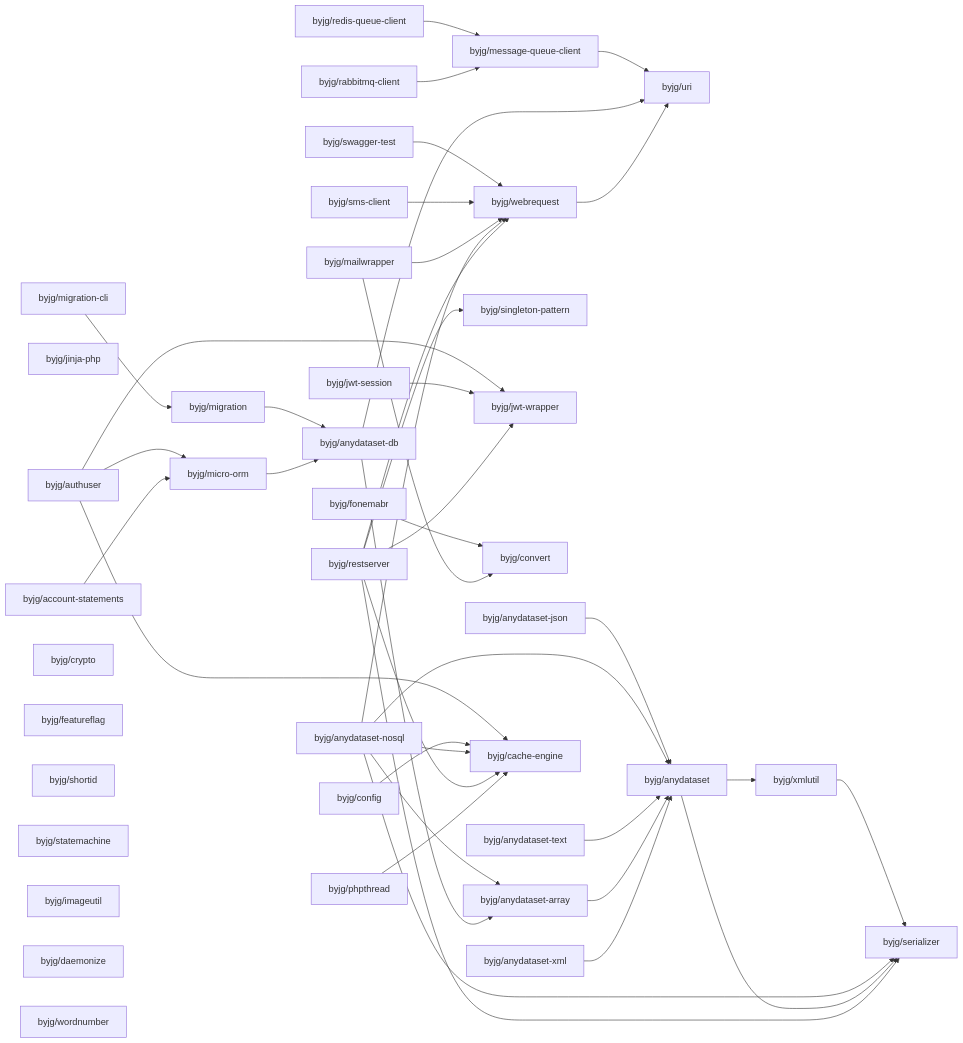
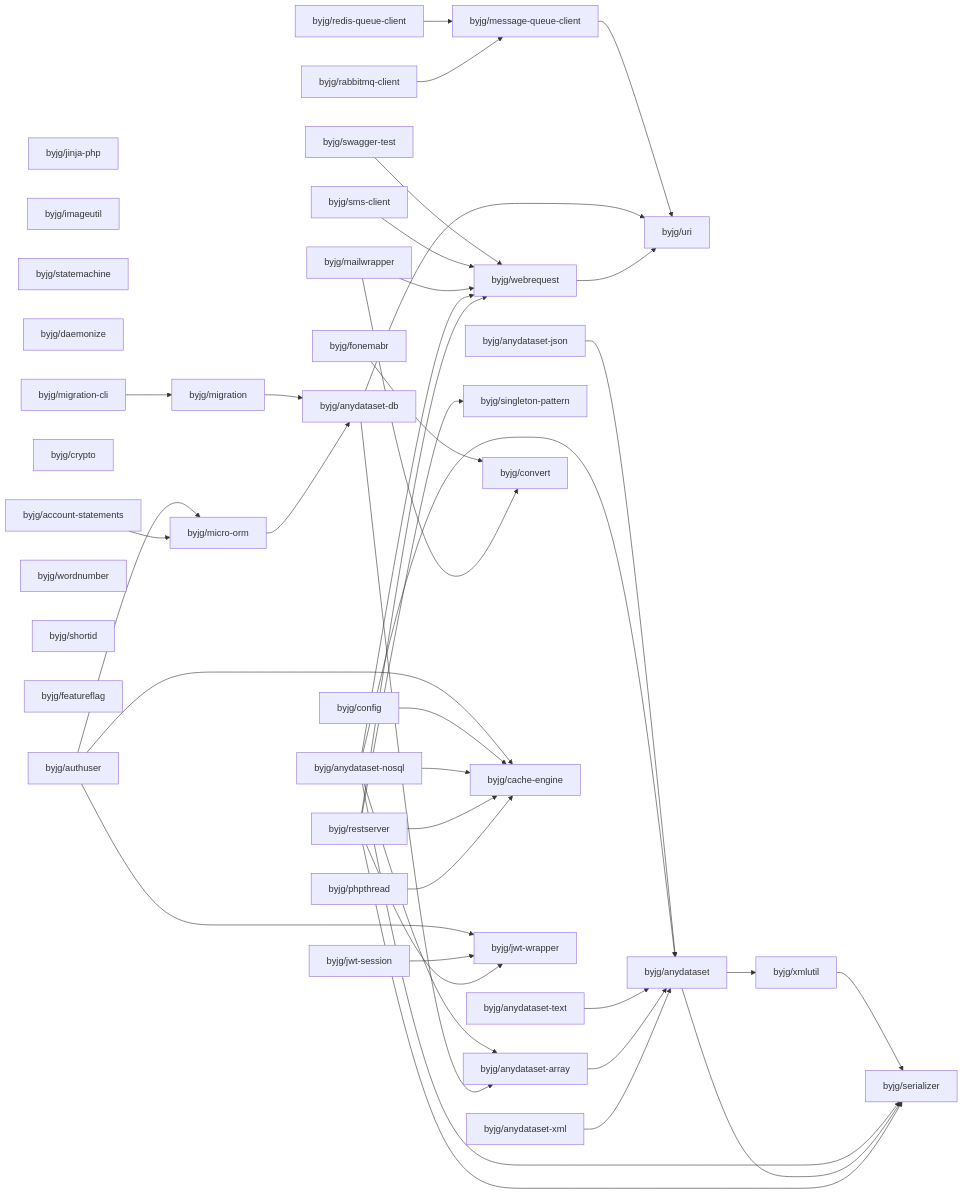
The diagram in docs/php/README.md (byjg/byjg.github.io), drawn with Mermaid before and after one commit. The commit also changed other lines of this file, not shown here.

Commit message:
Update documentation 'php' 'php-micro-orm'

````diff
--- a/docs/php/README.md
+++ b/docs/php/README.md
@@ -3,80 +3,80 @@
 ```mermaid
 graph LR;
-  byjg/fonemabr;
+  byjg/anydataset-text;
+  byjg/redis-queue-client;
+  byjg/jinja-php;
+  byjg/anydataset-json;
+  byjg/sms-client;
+  byjg/config;
+  byjg/imageutil;
+  byjg/statemachine;
+  byjg/rabbitmq-client;
+  byjg/jwt-session;
+  byjg/daemonize;
+  byjg/restserver;
+  byjg/migration-cli;
   byjg/anydataset-nosql;
-  byjg/jwt-session;
-  byjg/authuser;
-  byjg/jinja-php;
-  byjg/anydataset-text;
-  byjg/migration-cli;
-  byjg/account-statements;
-  byjg/restserver;
+  byjg/swagger-test;
   byjg/mailwrapper;
   byjg/anydataset-xml;
+  byjg/crypto;
   byjg/phpthread;
-  byjg/rabbitmq-client;
-  byjg/crypto;
+  byjg/fonemabr;
+  byjg/authuser;
+  byjg/wordnumber;
+  byjg/shortid;
   byjg/featureflag;
-  byjg/sms-client;
-  byjg/shortid;
-  byjg/swagger-test;
-  byjg/anydataset-json;
-  byjg/statemachine;
-  byjg/imageutil;
-  byjg/daemonize;
-  byjg/wordnumber;
-  byjg/redis-queue-client;
-  byjg/config;
+  byjg/account-statements;
+  byjg/message-queue-client;
+  byjg/singleton-pattern;
   byjg/migration;
+  byjg/webrequest;
+  byjg/convert;
+  byjg/cache-engine;
+  byjg/jwt-wrapper;
   byjg/micro-orm;
-  byjg/singleton-pattern;
-  byjg/jwt-wrapper;
-  byjg/convert;
-  byjg/webrequest;
-  byjg/message-queue-client;
-  byjg/cache-engine;
   byjg/anydataset-db;
   byjg/anydataset-array;
   byjg/uri;
   byjg/anydataset;
   byjg/xmlutil;
   byjg/serializer;
   byjg/migration --> byjg/anydataset-db;
   byjg/fonemabr --> byjg/convert;
   byjg/swagger-test --> byjg/webrequest;
   byjg/authuser --> byjg/micro-orm;
   byjg/authuser --> byjg/cache-engine;
   byjg/authuser --> byjg/jwt-wrapper;
   byjg/config --> byjg/cache-engine;
   byjg/message-queue-client --> byjg/uri;
   byjg/sms-client --> byjg/webrequest;
   byjg/xmlutil --> byjg/serializer;
   byjg/anydataset-json --> byjg/anydataset;
   byjg/mailwrapper --> byjg/convert;
   byjg/mailwrapper --> byjg/webrequest;
   byjg/anydataset-nosql --> byjg/anydataset;
   byjg/anydataset-nosql --> byjg/anydataset-array;
   byjg/anydataset-nosql --> byjg/serializer;
   byjg/anydataset-nosql --> byjg/webrequest;
   byjg/anydataset-nosql --> byjg/cache-engine;
   byjg/migration-cli --> byjg/migration;
   byjg/redis-queue-client --> byjg/message-queue-client;
   byjg/jwt-session --> byjg/jwt-wrapper;
   byjg/anydataset --> byjg/serializer;
   byjg/anydataset --> byjg/xmlutil;
   byjg/anydataset-db --> byjg/anydataset-array;
   byjg/anydataset-db --> byjg/uri;
   byjg/anydataset-text --> byjg/anydataset;
   byjg/restserver --> byjg/serializer;
   byjg/restserver --> byjg/singleton-pattern;
   byjg/restserver --> byjg/cache-engine;
   byjg/restserver --> byjg/webrequest;
   byjg/restserver --> byjg/jwt-wrapper;
   byjg/account-statements --> byjg/micro-orm;
   byjg/webrequest --> byjg/uri;
   byjg/micro-orm --> byjg/anydataset-db;
   byjg/anydataset-array --> byjg/anydataset;
   byjg/anydataset-xml --> byjg/anydataset;
   byjg/phpthread --> byjg/cache-engine;
   byjg/rabbitmq-client --> byjg/message-queue-client;
 ```
````
